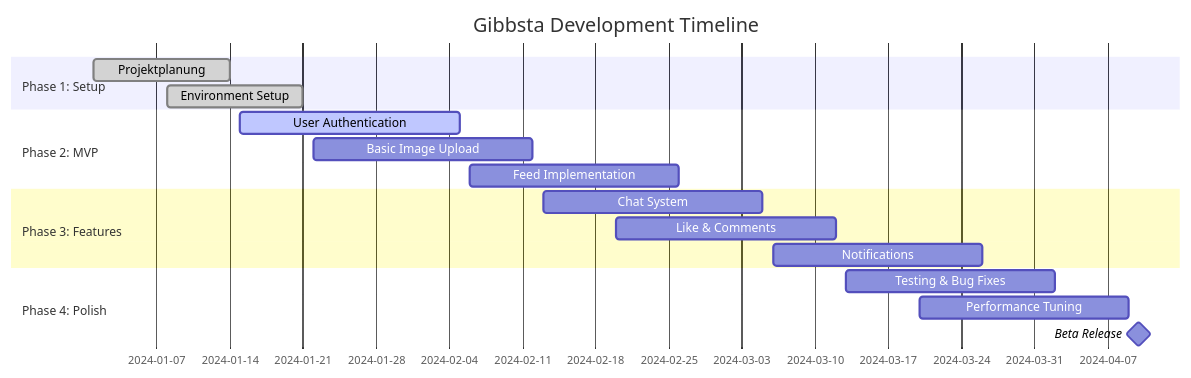
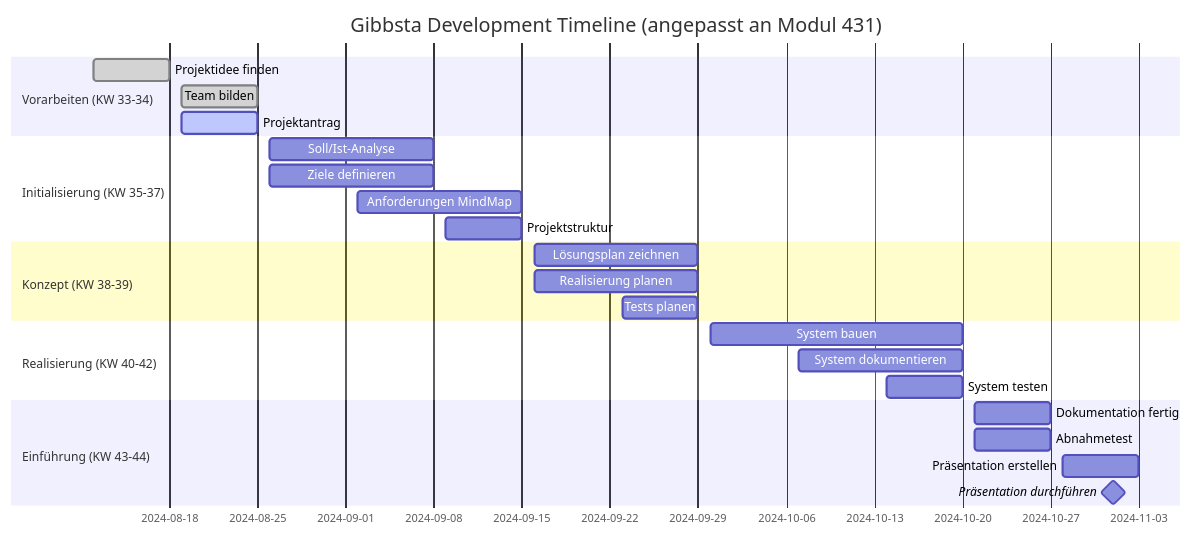
Before and after one commit to fullyerik/gibbsta: the diagram in informationen.md, drawn with Mermaid. The commit also changed other lines of this file, not shown here.

````diff
--- a/informationen.md
+++ b/informationen.md
@@ -102,23 +109,32 @@
 ```mermaid
 gantt
-    title Gibbsta Development Timeline
+    title Gibbsta Development Timeline (angepasst an Modul 431)
     dateFormat  YYYY-MM-DD
-    section Phase 1: Setup
-    Projektplanung        :done, p1, 2024-01-01, 2024-01-14
-    Environment Setup     :done, p2, 2024-01-08, 2024-01-21
     
-    section Phase 2: MVP
-    User Authentication   :active, p3, 2024-01-15, 2024-02-05
-    Basic Image Upload    :p4, 2024-01-22, 2024-02-12
-    Feed Implementation   :p5, 2024-02-06, 2024-02-26
+    section Vorarbeiten (KW 33-34)
+    Projektidee finden    :done, p1, 2024-08-12, 2024-08-18
+    Team bilden          :done, p2, 2024-08-19, 2024-08-25
+    Projektantrag        :active, p3, 2024-08-19, 2024-08-25
     
-    section Phase 3: Features
-    Chat System          :p6, 2024-02-13, 2024-03-05
-    Like & Comments      :p7, 2024-02-20, 2024-03-12
-    Notifications        :p8, 2024-03-06, 2024-03-26
+    section Initialisierung (KW 35-37)
+    Soll/Ist-Analyse     :p4, 2024-08-26, 2024-09-08
+    Ziele definieren     :p5, 2024-08-26, 2024-09-08
+    Anforderungen MindMap :p6, 2024-09-02, 2024-09-15
+    Projektstruktur      :p7, 2024-09-09, 2024-09-15
     
-    section Phase 4: Polish
-    Testing & Bug Fixes  :p9, 2024-03-13, 2024-04-02
-    Performance Tuning   :p10, 2024-03-20, 2024-04-09
-    Beta Release         :milestone, 2024-04-10, 0d
+    section Konzept (KW 38-39)
+    Lösungsplan zeichnen :p8, 2024-09-16, 2024-09-29
+    Realisierung planen  :p9, 2024-09-16, 2024-09-29
+    Tests planen         :p10, 2024-09-23, 2024-09-29
+    
+    section Realisierung (KW 40-42)
+    System bauen         :p11, 2024-09-30, 2024-10-20
+    System dokumentieren :p12, 2024-10-07, 2024-10-20
+    System testen        :p13, 2024-10-14, 2024-10-20
+    
+    section Einführung (KW 43-44)
+    Dokumentation fertig :p14, 2024-10-21, 2024-10-27
+    Abnahmetest         :p15, 2024-10-21, 2024-10-27
+    Präsentation erstellen :p16, 2024-10-28, 2024-11-03
+    Präsentation durchführen :milestone, 2024-11-01, 0d
 ```
````
